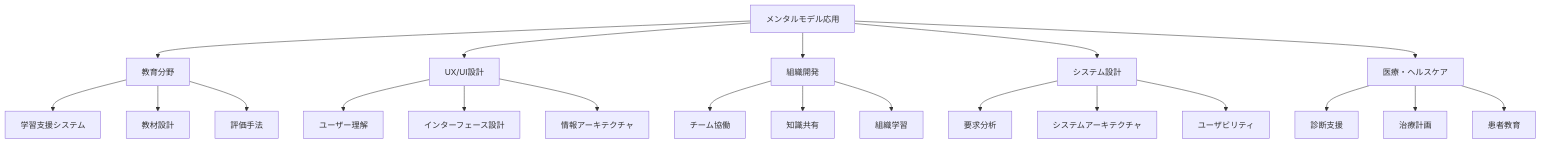
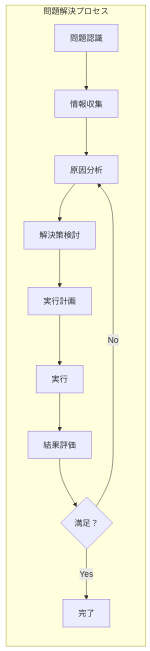
The tenth of 14 diagrams in README.md (SparklingDetergent/doc_genai_mental_model), drawn with Mermaid before and after one commit. The commit also changed other lines of this file, not shown here.

````diff
--- a/README.md
+++ b/README.md
@@ -257,34 +261,14 @@
 ```mermaid
-graph TB
-    A[メンタルモデル応用] --> B[教育分野]
-    A --> C[UX/UI設計]
-    A --> D[組織開発]
-    A --> E[システム設計]
-    A --> F[医療・ヘルスケア]
-    
-    B --> B1[学習支援システム]
-    B --> B2[教材設計]
-    B --> B3[評価手法]
-    
-    C --> C1[ユーザー理解]
-    C --> C2[インターフェース設計]
-    C --> C3[情報アーキテクチャ]
-    
-    D --> D1[チーム協働]
-    D --> D2[知識共有]
-    D --> D3[組織学習]
-    
-    E --> E1[要求分析]
-    E --> E2[システムアーキテクチャ]
-    E --> E3[ユーザビリティ]
-    
-    F --> F1[診断支援]
-    F --> F2[治療計画]
-    F --> F3[患者教育]
-    
-    click B1 "#評価フレームワーク"
-    click C1 "#抽出方法論"
-    click D1 "#可視化技術"
-    click E1 "#メンタルモデルの構築"
-    click F1 "#理論的基盤"
+flowchart LR
+    subgraph "問題解決プロセス"
+        A[問題認識] --> B[情報収集]
+        B --> C[原因分析]
+        C --> D[解決策検討]
+        D --> E[実行計画]
+        E --> F[実行]
+        F --> G[結果評価]
+        G --> H{満足？}
+        H -->|No| C
+        H -->|Yes| I[完了]
+    end
 ```
````
